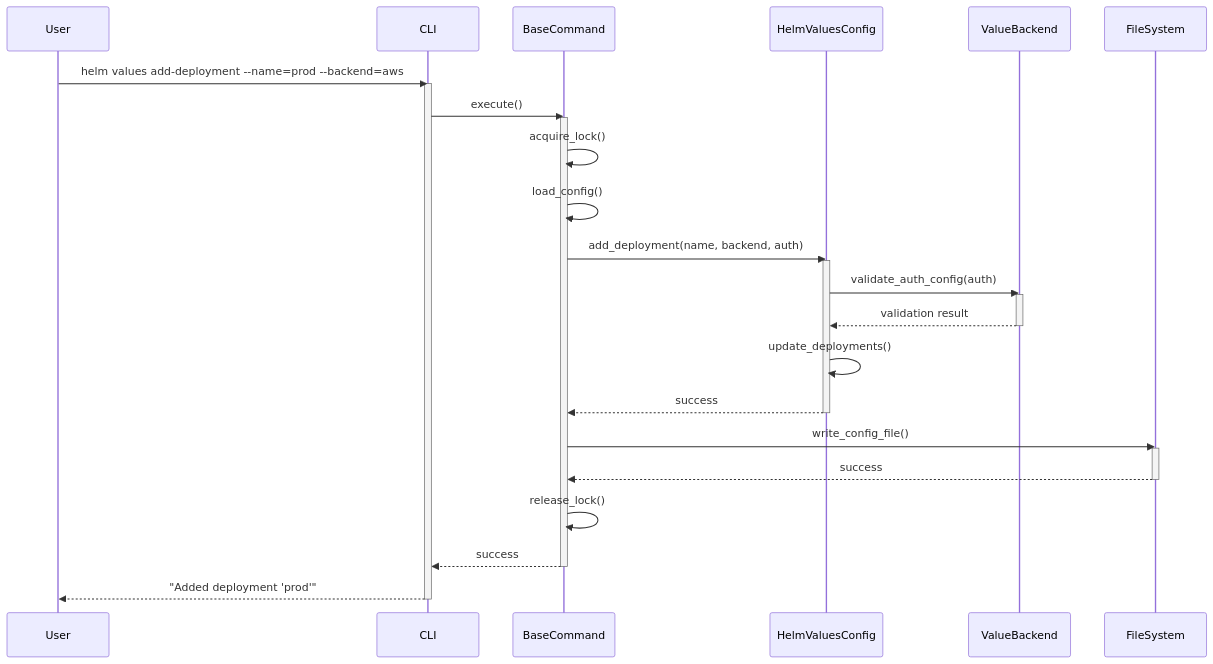
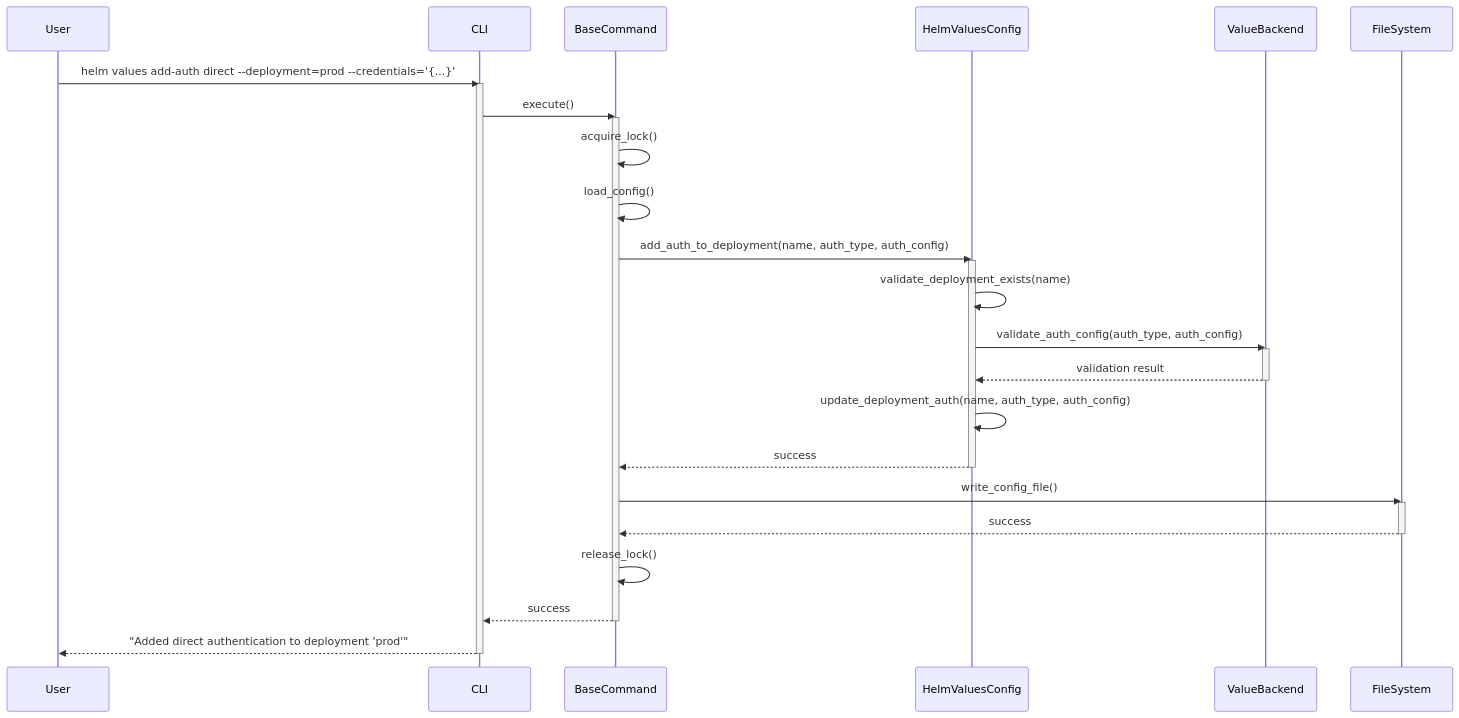
The fifth of 14 diagrams in docs/Design/sequence-diagrams.md (Zipstack/helm-values-manager), drawn with Mermaid before and after one commit. The commit also changed other lines of this file and 15 other files, not shown here.

Commit message:
feat: Improve add-deployment Command Tests and Coverage

````diff
--- a/docs/Design/sequence-diagrams.md
+++ b/docs/Design/sequence-diagrams.md
@@ -86,40 +168,41 @@
 ```mermaid
 sequenceDiagram
     participant User
     participant CLI
     participant BaseCommand
     participant HelmValuesConfig
     participant ValueBackend
 
-    User->>CLI: helm values add-deployment --name=prod --backend=aws
+    User->>CLI: helm values add-auth direct --deployment=prod --credentials='{...}'
     activate CLI
 
     CLI->>BaseCommand: execute()
     activate BaseCommand
 
     BaseCommand->>BaseCommand: acquire_lock()
     BaseCommand->>BaseCommand: load_config()
-    BaseCommand->>HelmValuesConfig: add_deployment(name, backend, auth)
+    BaseCommand->>HelmValuesConfig: add_auth_to_deployment(name, auth_type, auth_config)
     activate HelmValuesConfig
 
-    HelmValuesConfig->>ValueBackend: validate_auth_config(auth)
+    HelmValuesConfig->>HelmValuesConfig: validate_deployment_exists(name)
+    HelmValuesConfig->>ValueBackend: validate_auth_config(auth_type, auth_config)
     activate ValueBackend
     ValueBackend-->>HelmValuesConfig: validation result
     deactivate ValueBackend
 
-    HelmValuesConfig->>HelmValuesConfig: update_deployments()
+    HelmValuesConfig->>HelmValuesConfig: update_deployment_auth(name, auth_type, auth_config)
     HelmValuesConfig-->>BaseCommand: success
     deactivate HelmValuesConfig
 
     BaseCommand->>FileSystem: write_config_file()
     activate FileSystem
     FileSystem-->>BaseCommand: success
     deactivate FileSystem
 
     BaseCommand->>BaseCommand: release_lock()
     BaseCommand-->>CLI: success
     deactivate BaseCommand
 
-    CLI-->>User: "Added deployment 'prod'"
+    CLI-->>User: "Added direct authentication to deployment 'prod'"
     deactivate CLI
 ```
````
